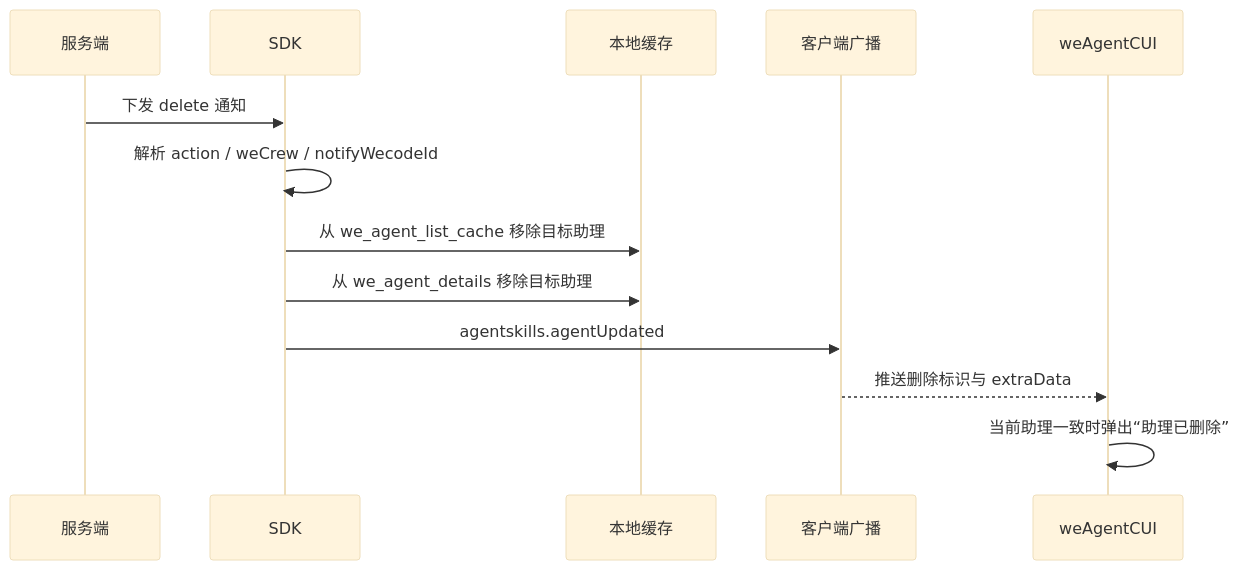
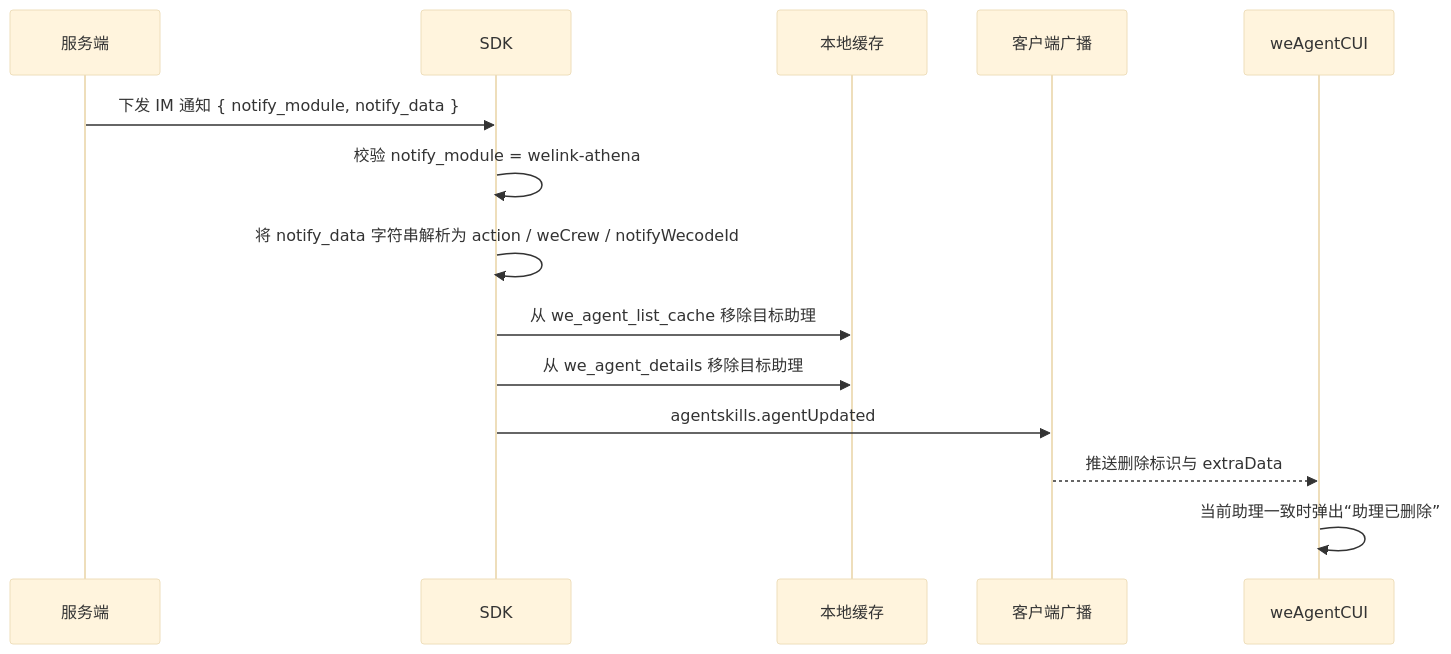
The fourth of 10 diagrams in 2026-05-08-we-agent-detail-sync-plan.md (Abelsjcheng/skillSDK), drawn with Mermaid (base theme) before and after one commit. The commit also changed other lines of this file and 1 other file, not shown here.

````diff
--- a/2026-05-08-we-agent-detail-sync-plan.md
+++ b/2026-05-08-we-agent-detail-sync-plan.md
@@ -122,16 +130,17 @@
 ```mermaid
 sequenceDiagram
     participant Server as 服务端
     participant SDK as SDK
     participant Cache as 本地缓存
     participant Broadcast as 客户端广播
     participant Page as weAgentCUI
 
-    Server->>SDK: 下发 delete 通知
-    SDK->>SDK: 解析 action / weCrew / notifyWecodeId
+    Server->>SDK: 下发 IM 通知 { notify_module, notify_data }
+    SDK->>SDK: 校验 notify_module = welink-athena
+    SDK->>SDK: 将 notify_data 字符串解析为 action / weCrew / notifyWecodeId
     SDK->>Cache: 从 we_agent_list_cache 移除目标助理
     SDK->>Cache: 从 we_agent_details 移除目标助理
     SDK->>Broadcast: agentskills.agentUpdated
     Broadcast-->>Page: 推送删除标识与 extraData
     Page->>Page: 当前助理一致时弹出“助理已删除”
 ```
````
